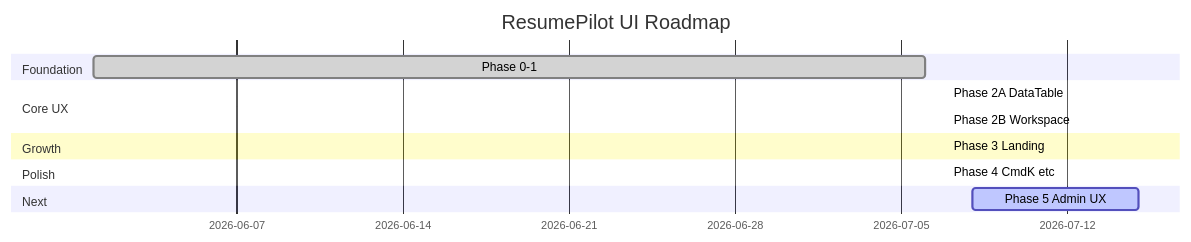
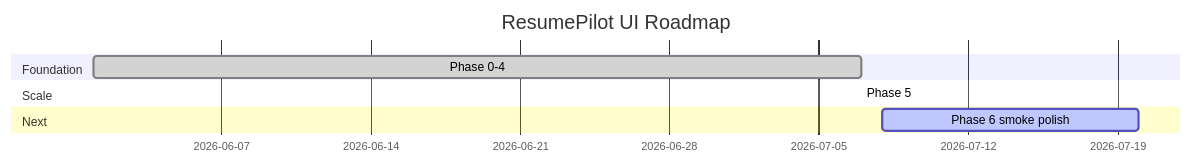
Before and after one commit to ktdvlp-jih/resume-pilot: the diagram in docs/ui-roadmap.md, drawn with Mermaid. The commit also changed other lines of this file and 29 other files, not shown here.

First line of the commit message:
feat: Phase 5 UI — Admin DataTable, URL sort/page, workspace resize, onboarding

````diff
--- a/docs/ui-roadmap.md
+++ b/docs/ui-roadmap.md
@@ -93,31 +115,21 @@
 ```mermaid
 
 gantt
 
     title ResumePilot UI Roadmap
 
     dateFormat YYYY-MM-DD
 
     section Foundation
 
-    Phase 0-1           :done, 2026-06-01, 2026-07-06
+    Phase 0-4           :done, 2026-06-01, 2026-07-07
 
-    section Core UX
+    section Scale
 
-    Phase 2A DataTable  :done, 2026-07-07, 2026-07-07
-
-    Phase 2B Workspace  :done, 2026-07-07, 2026-07-07
-
-    section Growth
-
-    Phase 3 Landing     :done, 2026-07-07, 2026-07-07
-
-    section Polish
-
-    Phase 4 CmdK etc    :done, 2026-07-07, 2026-07-07
+    Phase 5               :done, 2026-07-07, 2026-07-07
 
     section Next
 
-    Phase 5 Admin UX    :active, 2026-07-08, 2026-07-15
+    Phase 6 smoke polish  :active, 2026-07-08, 2026-07-20
 
 ```
````
